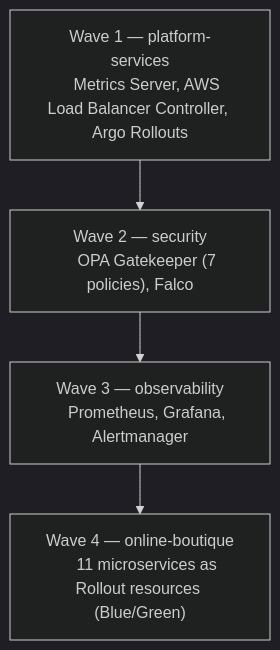
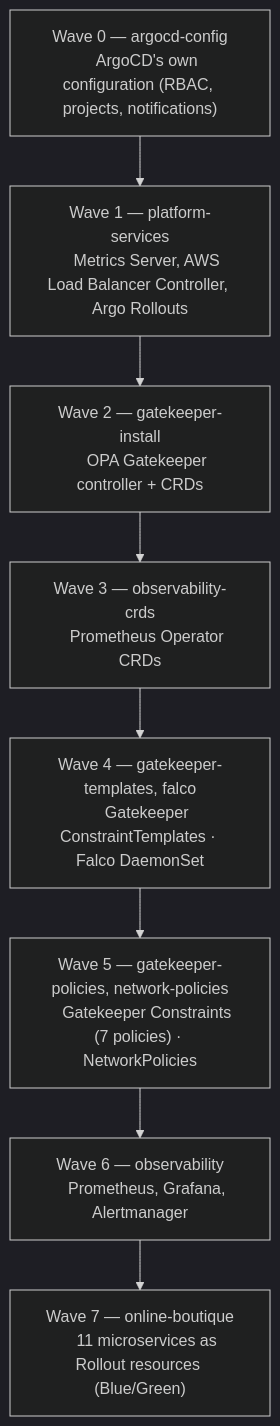
One commit to dinhtri6905/aws-eks-devsecops-platform changed the second of 9 diagrams in README.md. Above: the diagram before and after it, drawn with Mermaid (dark theme). The commit also changed other lines of this file, not shown here.

Commit message:
change sync wave in readme

````diff
--- a/README.md
+++ b/README.md
@@ -115,12 +115,20 @@
 ```mermaid
 flowchart TD
+    W0["Wave 0 — argocd-config
+    ArgoCD's own configuration (RBAC, projects, notifications)"]
     W1["Wave 1 — platform-services
     Metrics Server, AWS Load Balancer Controller, Argo Rollouts"]
-    W2["Wave 2 — security
-    OPA Gatekeeper (7 policies), Falco"]
-    W3["Wave 3 — observability
+    W2["Wave 2 — gatekeeper-install
+    OPA Gatekeeper controller + CRDs"]
+    W3["Wave 3 — observability-crds
+    Prometheus Operator CRDs"]
+    W4["Wave 4 — gatekeeper-templates, falco
+    Gatekeeper ConstraintTemplates · Falco DaemonSet"]
+    W5["Wave 5 — gatekeeper-policies, network-policies
+    Gatekeeper Constraints (7 policies) · NetworkPolicies"]
+    W6["Wave 6 — observability
     Prometheus, Grafana, Alertmanager"]
-    W4["Wave 4 — online-boutique
+    W7["Wave 7 — online-boutique
     11 microservices as Rollout resources (Blue/Green)"]
-    W1 --> W2 --> W3 --> W4
+    W0 --> W1 --> W2 --> W3 --> W4 --> W5 --> W6 --> W7
 ```
````
